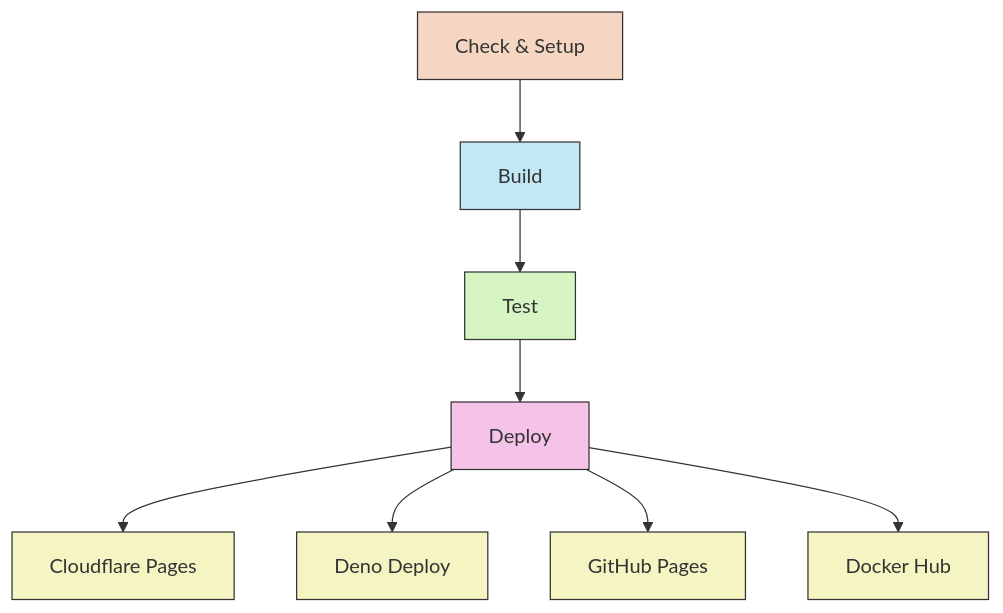
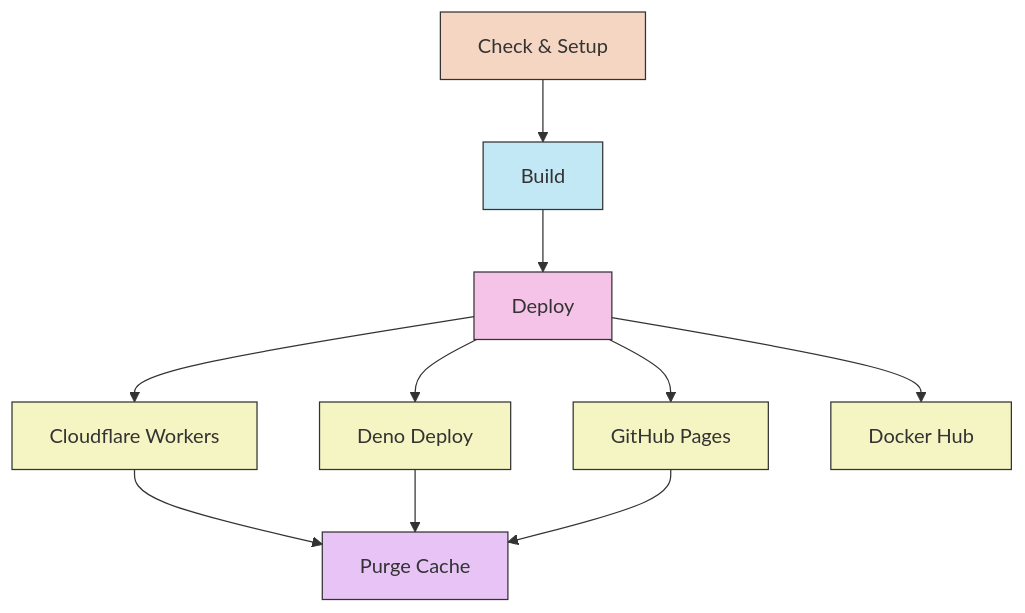
One commit to erfianugrah/revista-3 changed the diagram in src/CI-CD-README.md. Above: the diagram before and after it, drawn with Mermaid. The commit also changed other lines of this file and 5 other files, not shown here.

First line of the commit message:
Migrate from Cloudflare Pages to Workers with Static Assets

````diff
--- a/src/CI-CD-README.md
+++ b/src/CI-CD-README.md
@@ -14,22 +14,24 @@
 ```mermaid
 graph TD
-    A["Check & Setup"] --> B["Build"] 
-    B --> C["Test"]
-    C --> D["Deploy"]
-    D --> E1["Cloudflare Pages"]  
+    A["Check & Setup"] --> B["Build"]
+    B --> D["Deploy"]
+    D --> E1["Cloudflare Workers"]
     D --> E2["Deno Deploy"]
     D --> E3["GitHub Pages"]
     D --> E4["Docker Hub"]
-    
+    E1 --> F["Purge Cache"]
+    E2 --> F
+    E3 --> F
+
     classDef setup fill:#f5d6c3,stroke:#333,stroke-width:1px
     classDef build fill:#c3e8f5,stroke:#333,stroke-width:1px
-    classDef test fill:#d6f5c3,stroke:#333,stroke-width:1px
     classDef deploy fill:#f5c3e8,stroke:#333,stroke-width:1px
     classDef target fill:#f5f5c3,stroke:#333,stroke-width:1px
-    
+    classDef cache fill:#e8c3f5,stroke:#333,stroke-width:1px
+
     class A setup
     class B build
-    class C test
     class D deploy
     class E1,E2,E3,E4 target
+    class F cache
 ```
````
